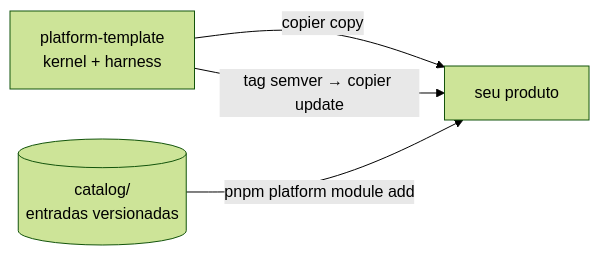
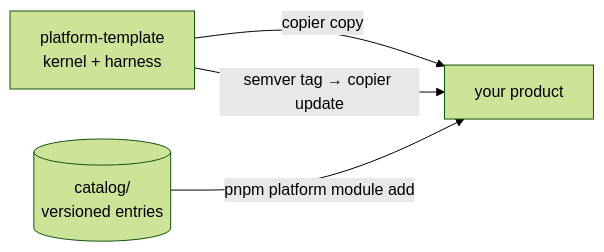
The diagram in .github/README.md (EmanuelVogt/platform-template), drawn with Mermaid (forest theme) before and after one commit. The commit also changed other lines of this file and 1 other file, not shown here.

First line of the commit message:
docs(template): README e banner em inglês

````diff
--- a/.github/README.md
+++ b/.github/README.md
@@ -37,6 +37,6 @@
 ```mermaid
 flowchart LR
-  T["platform-template<br/>kernel + harness"] -- "copier copy" --> P["seu produto"]
-  C[("catalog/<br/>entradas versionadas")] -- "pnpm platform module add" --> P
-  T -- "tag semver → copier update" --> P
+  T["platform-template<br/>kernel + harness"] -- "copier copy" --> P["your product"]
+  C[("catalog/<br/>versioned entries")] -- "pnpm platform module add" --> P
+  T -- "semver tag → copier update" --> P
 ```
````
